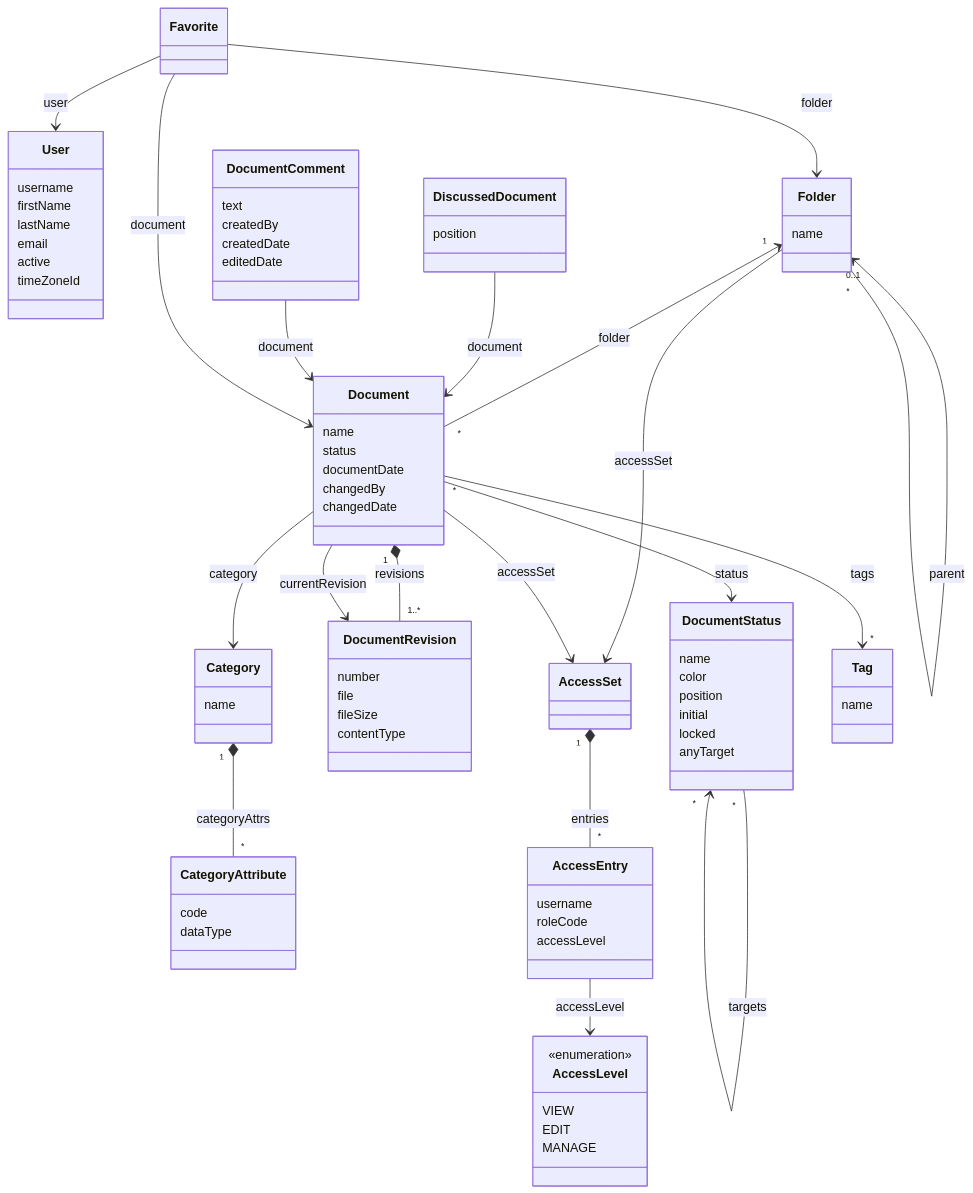
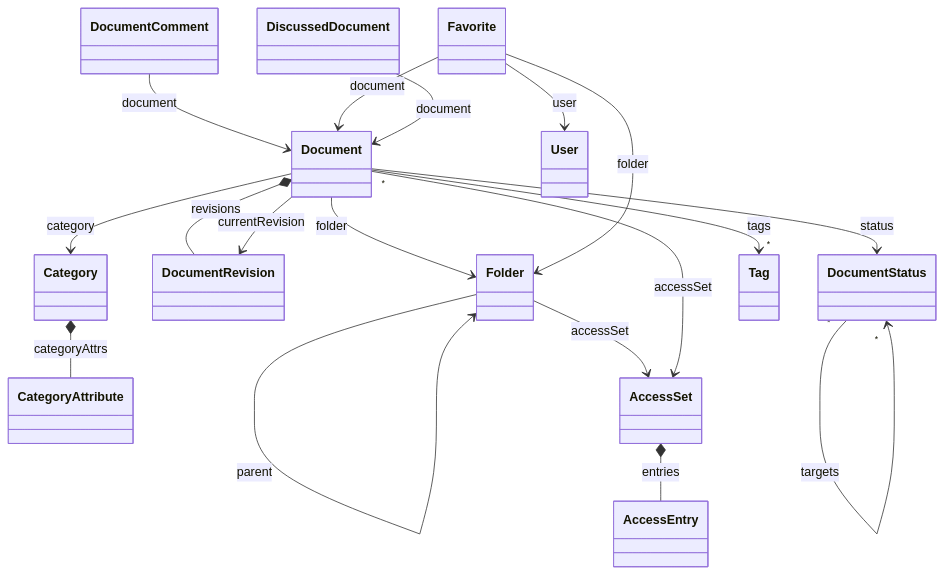
One commit to jmix-framework/jmix-docai changed the diagram in README.md. Above: the diagram before and after it, drawn with Mermaid. The commit also changed other lines of this file, not shown here.

````diff
--- a/README.md
+++ b/README.md
@@ -256,85 +258,20 @@
 ```mermaid
 classDiagram
-    class User {
-        username
-        firstName
-        lastName
-        email
-        active
-        timeZoneId
-    }
-    class Folder {
-        name
-    }
-    class Document {
-        name
-        status
-        documentDate
-        changedBy
-        changedDate
-    }
-    class Category {
-        name
-    }
-    class CategoryAttribute {
-        code
-        dataType
-    }
-    class DocumentRevision {
-        number
-        file
-        fileSize
-        contentType
-    }
-    class DocumentStatus {
-        name
-        color
-        position
-        initial
-        locked
-        anyTarget
-    }
-    class AccessSet
-    class AccessEntry {
-        username
-        roleCode
-        accessLevel
-    }
-    class AccessLevel {
-        <<enumeration>>
-        VIEW
-        EDIT
-        MANAGE
-    }
-    class DiscussedDocument {
-        position
-    }
-    class DocumentComment {
-        text
-        createdBy
-        createdDate
-        editedDate
-    }
-    class Tag {
-        name
-    }
-    class Favorite
-    Folder "0..1" <-- "*" Folder : parent
-    Folder "1" <-- "*" Document : folder
-    Document "1" *-- "1..*" DocumentRevision : revisions
-    Document --> DocumentRevision : currentRevision
-    Document --> DocumentStatus : status
-    DocumentStatus "*" --> "*" DocumentStatus : targets
-    Folder --> AccessSet : accessSet
-    Document --> AccessSet : accessSet
-    Document --> Category : category
-    Document "*" --> "*" Tag : tags
-    Category "1" *-- "*" CategoryAttribute : categoryAttrs
-    AccessSet "1" *-- "*" AccessEntry : entries
-    AccessEntry --> AccessLevel : accessLevel
-    DiscussedDocument --> Document : document
-    DocumentComment --> Document : document
-    Favorite --> User : user
-    Favorite --> Folder : folder
-    Favorite --> Document : document
+  Folder --> Folder : parent
+  Document --> Folder : folder
+  Document *-- DocumentRevision : revisions
+  Document --> DocumentRevision : currentRevision
+  Document --> DocumentStatus : status
+  DocumentStatus "*" --> "*" DocumentStatus : targets
+  Document --> Category : category
+  Category *-- CategoryAttribute : categoryAttrs
+  Document "*" --> "*" Tag : tags
+  Folder --> AccessSet : accessSet
+  Document --> AccessSet : accessSet
+  AccessSet *-- AccessEntry : entries
+  DocumentComment --> Document : document
+  Favorite --> User : user
+  Favorite --> Folder : folder
+  Favorite --> Document : document
+  DiscussedDocument --> Document : document
 ```
````
